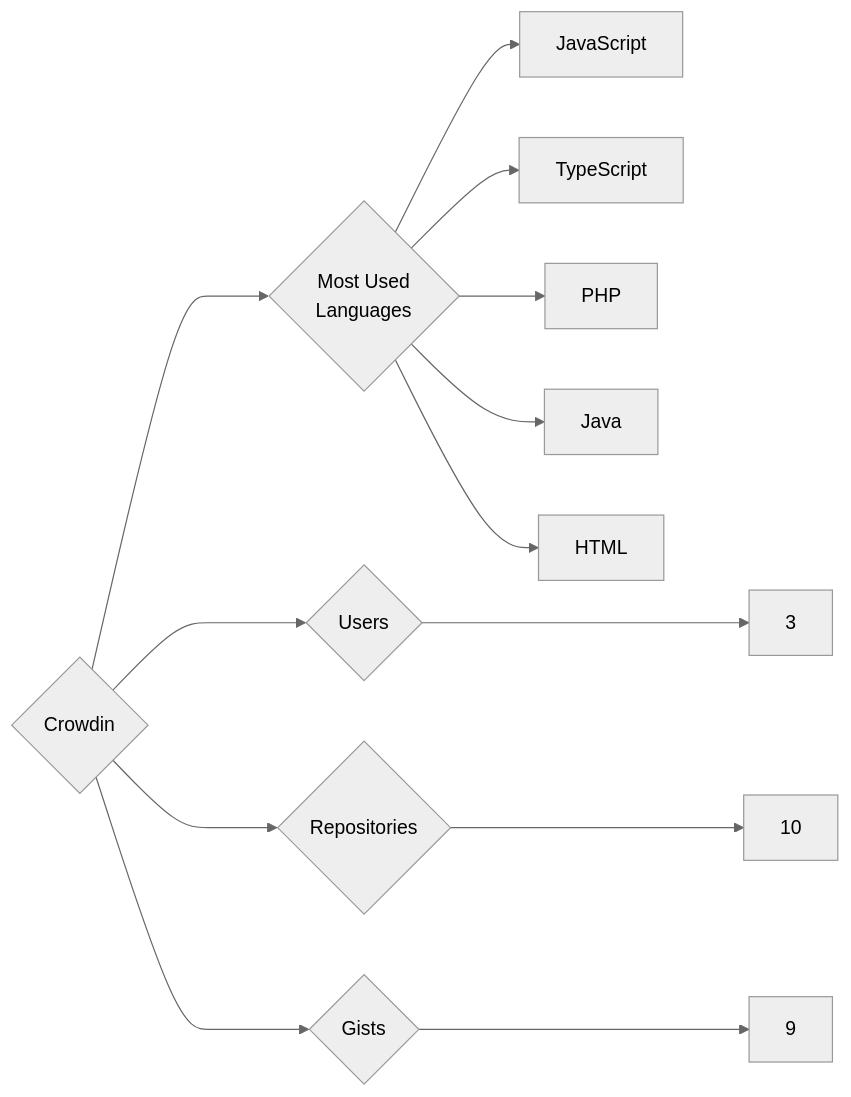
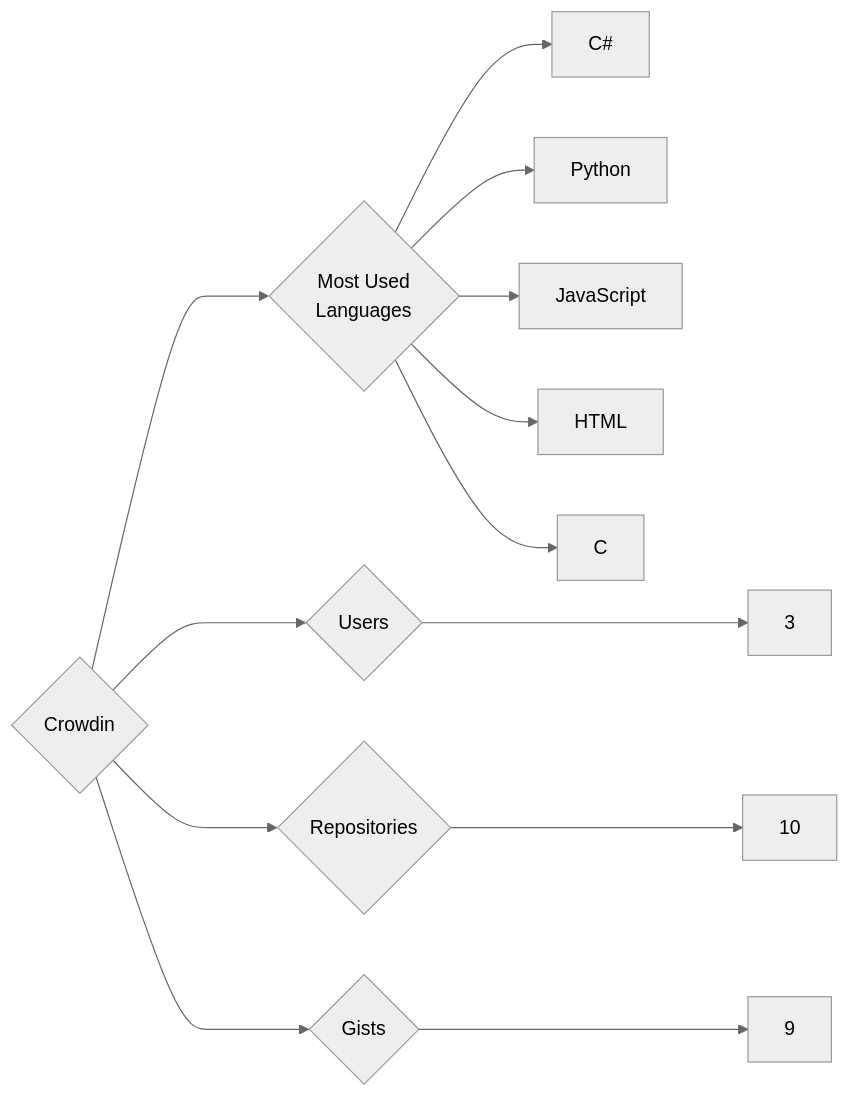
Before and after one commit to trickest/insiders: the diagram in targets/Crowdin/README.md, drawn with Mermaid (neutral theme). The commit also changed 882 other files, not shown here.

````diff
--- a/targets/Crowdin/README.md
+++ b/targets/Crowdin/README.md
@@ -3,13 +3,13 @@
 ```mermaid
 graph LR
 COMPANY_NAME{Crowdin}
 COMPANY_NAME ---> U{Users} ---> UN[3]
 COMPANY_NAME ---> R{Repositories} ---> RN[10]
 COMPANY_NAME ---> G{Gists} ---> GN[9]
 COMPANY_NAME ---> ML{Most Used<br>Languages}
+ML --> C#[C#]
+ML --> Python[Python]
 ML --> JavaScript[JavaScript]
-ML --> TypeScript[TypeScript]
-ML --> PHP[PHP]
-ML --> Java[Java]
 ML --> HTML[HTML]
+ML --> C[C]
 ```
````
